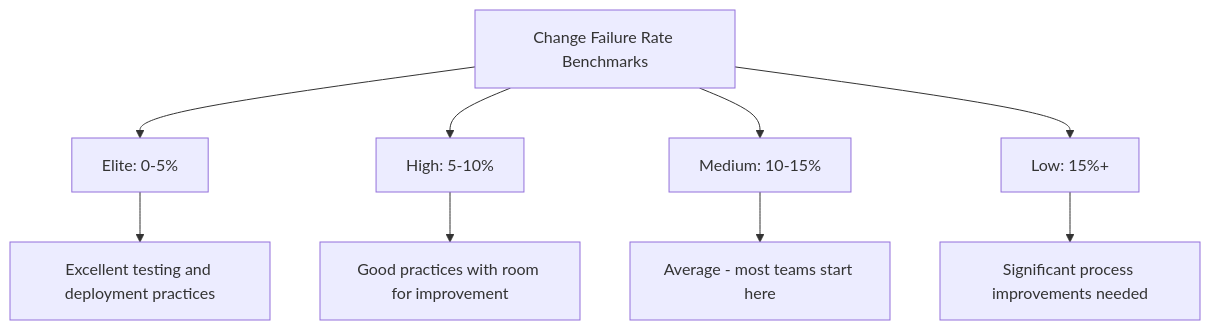
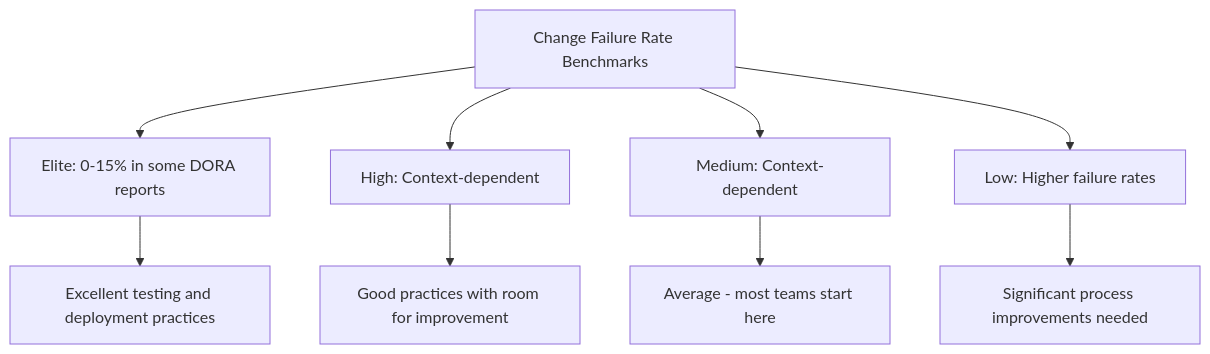
One commit to OneUptime/blog changed the diagram in posts/2026-02-06-change-failure-rate-dora-opentelemetry/README.md. Above: the diagram before and after it, drawn with Mermaid. The commit also changed other lines of this file and 2 other files, not shown here.

Commit message:
validate: 2026-02-06-change-failure-rate-dora-opentelemetry

````diff
--- a/posts/2026-02-06-change-failure-rate-dora-opentelemetry/README.md
+++ b/posts/2026-02-06-change-failure-rate-dora-opentelemetry/README.md
@@ -219,12 +255,12 @@
 ```mermaid
 graph TD
-    A[Change Failure Rate Benchmarks] --> B[Elite: 0-5%]
-    A --> C[High: 5-10%]
-    A --> D[Medium: 10-15%]
-    A --> E[Low: 15%+]
+    A[Change Failure Rate Benchmarks] --> B[Elite: 0-15% in some DORA reports]
+    A --> C[High: Context-dependent]
+    A --> D[Medium: Context-dependent]
+    A --> E[Low: Higher failure rates]
 
     B --> B1[Excellent testing and deployment practices]
     C --> C1[Good practices with room for improvement]
     D --> D1[Average - most teams start here]
     E --> E1[Significant process improvements needed]
 ```
````
